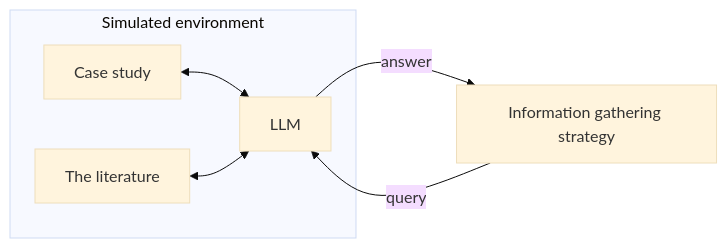
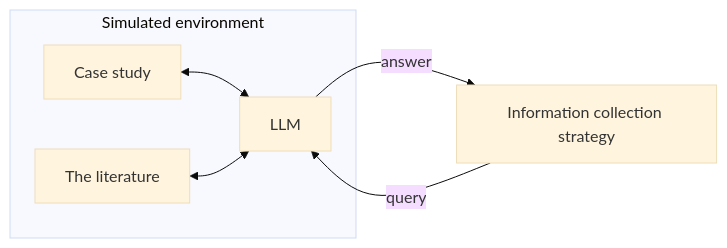
The diagram in README.md (ahmed-abd-elwahed/ics_experiment), drawn with Mermaid (base theme) before and after one commit. The commit also changed 2 other files, not shown here.

Commit message:
Say "collection" instead of "gathering" in the framework overview diagram

````diff
--- a/README.md
+++ b/README.md
@@ -9,9 +9,9 @@
 ```mermaid
 flowchart LR
     subgraph ENV[Simulated environment]
         CS[Case study] <--> LLM[LLM]
         LIT[The literature] <--> LLM
     end
-    STRAT[Information gathering strategy] -- query --> LLM
+    STRAT[Information collection strategy] -- query --> LLM
     LLM -- answer --> STRAT
 ```
````
